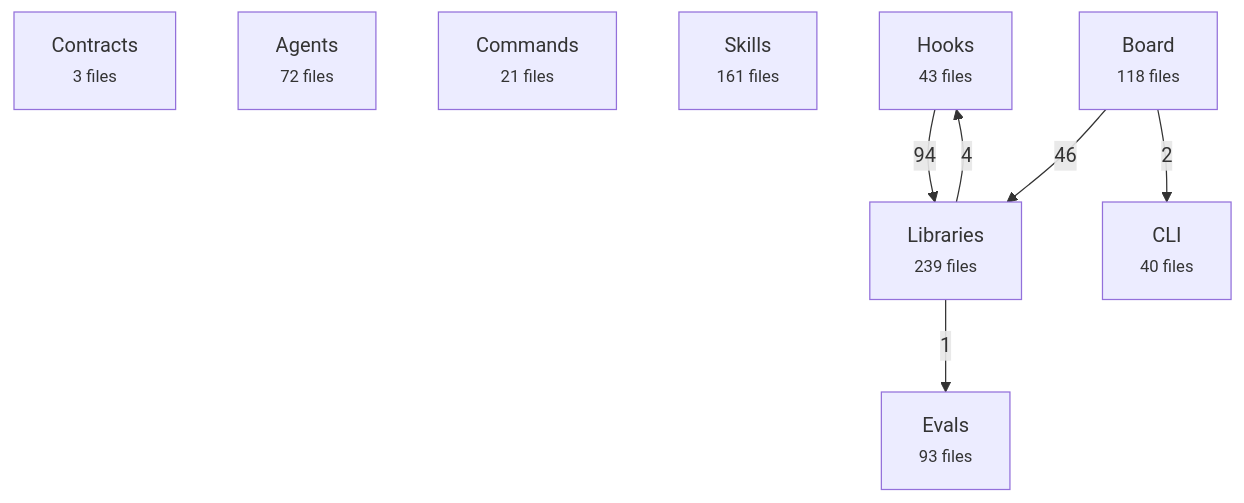
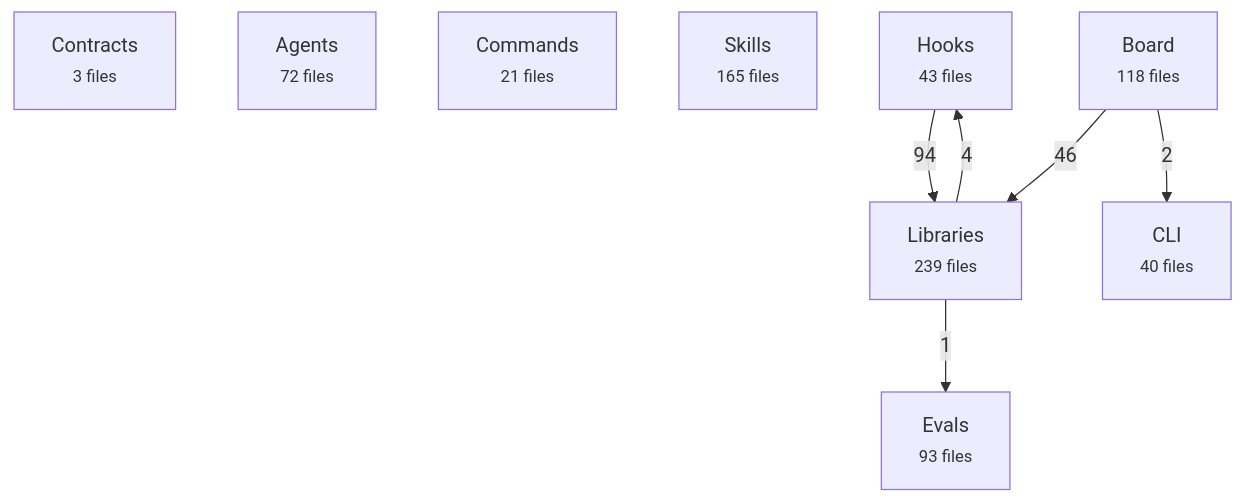
The first of 2 diagrams in docs/reference/architecture-map.md (avelikiy/great_cto), drawn with Mermaid before and after one commit. The commit also changed other lines of this file and 6 other files, not shown here.

First line of the commit message:
refactor(skill): stage order lives in the graph; SKILL.md back under 20 KB

````diff
--- a/docs/reference/architecture-map.md
+++ b/docs/reference/architecture-map.md
@@ -20,17 +20,17 @@
 ```mermaid
 flowchart TD
   contracts["Contracts<br/><small>3 files</small>"]
   agents["Agents<br/><small>72 files</small>"]
   commands["Commands<br/><small>21 files</small>"]
-  skills["Skills<br/><small>161 files</small>"]
+  skills["Skills<br/><small>165 files</small>"]
   hooks["Hooks<br/><small>43 files</small>"]
   libs["Libraries<br/><small>239 files</small>"]
   board["Board<br/><small>118 files</small>"]
   cli["CLI<br/><small>40 files</small>"]
   evals["Evals<br/><small>93 files</small>"]
   hooks -->|94| libs
   board -->|46| libs
   libs -->|4| hooks
   board -->|2| cli
   libs -->|1| evals
 ```
````
